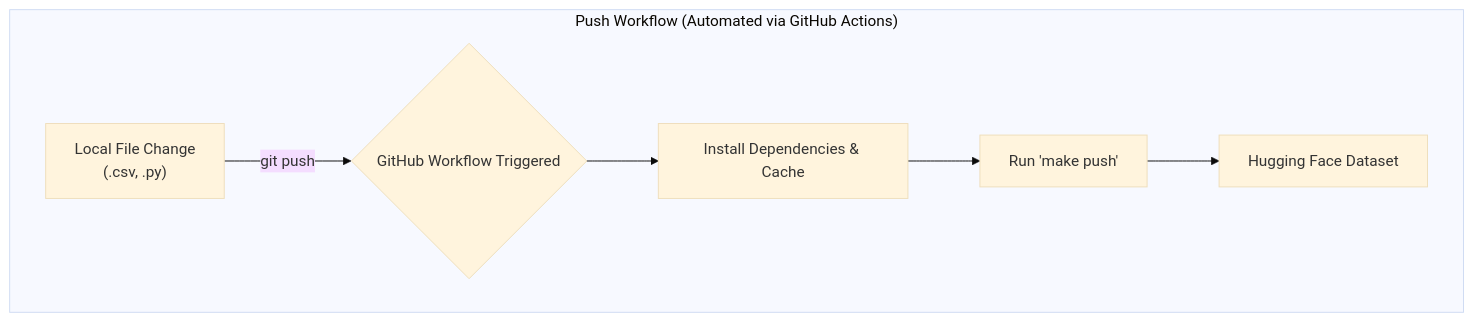
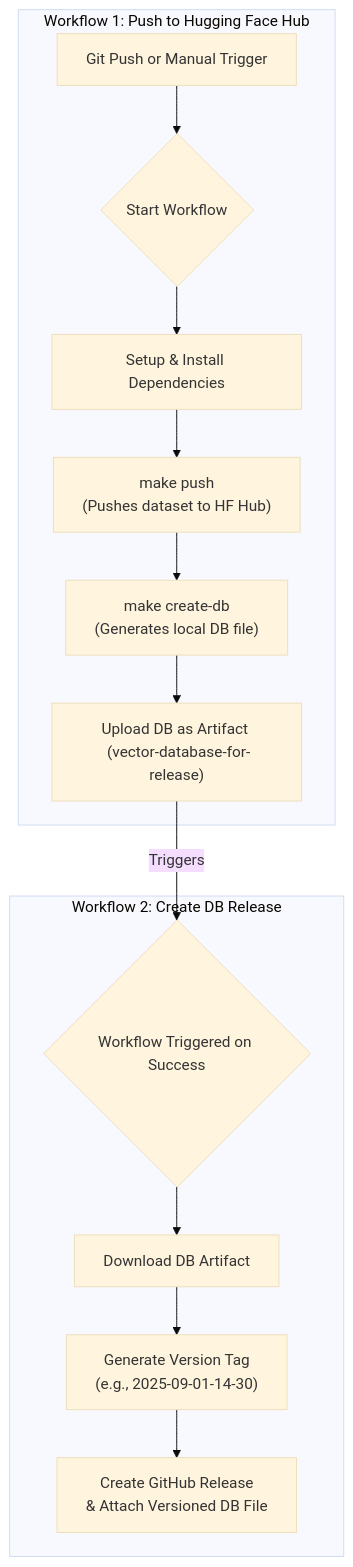
The diagram in README.md (nikitabugrovsky/hf-vector-pipeline), drawn with Mermaid (base theme) before and after one commit. The commit also changed other lines of this file, not shown here.

````diff
--- a/README.md
+++ b/README.md
@@ -22,9 +25,19 @@
 ```mermaid
 graph TD
-    subgraph "Push Workflow (Automated via GitHub Actions)"
-        A["Local File Change <br/>(.csv, .py)"] -- git push --> B{GitHub Workflow Triggered};
-        B --> C[Install Dependencies & Cache];
-        C --> D[Run 'make push'];
-        D --> E[Hugging Face Dataset];
+    subgraph "Workflow 1: Push to Hugging Face Hub"
+        A["Git Push or Manual Trigger"] --> B{Start Workflow};
+        B --> C[Setup & Install Dependencies];
+        C --> D["make push <br/> (Pushes dataset to HF Hub)"];
+        D --> E["make create-db <br/> (Generates local DB file)"];
+        E --> F["Upload DB as Artifact <br/> (vector-database-for-release)"];
     end
+
+    subgraph "Workflow 2: Create DB Release"
+        G{Workflow Triggered on Success} --> H["Download DB Artifact"];
+        H --> I["Generate Version Tag <br/> (e.g., 2025-09-01-14-30)"];
+        I --> J["Create GitHub Release <br/> & Attach Versioned DB File"];
+    end
+
+    F -- "Triggers" --> G;
+
 ```
````
